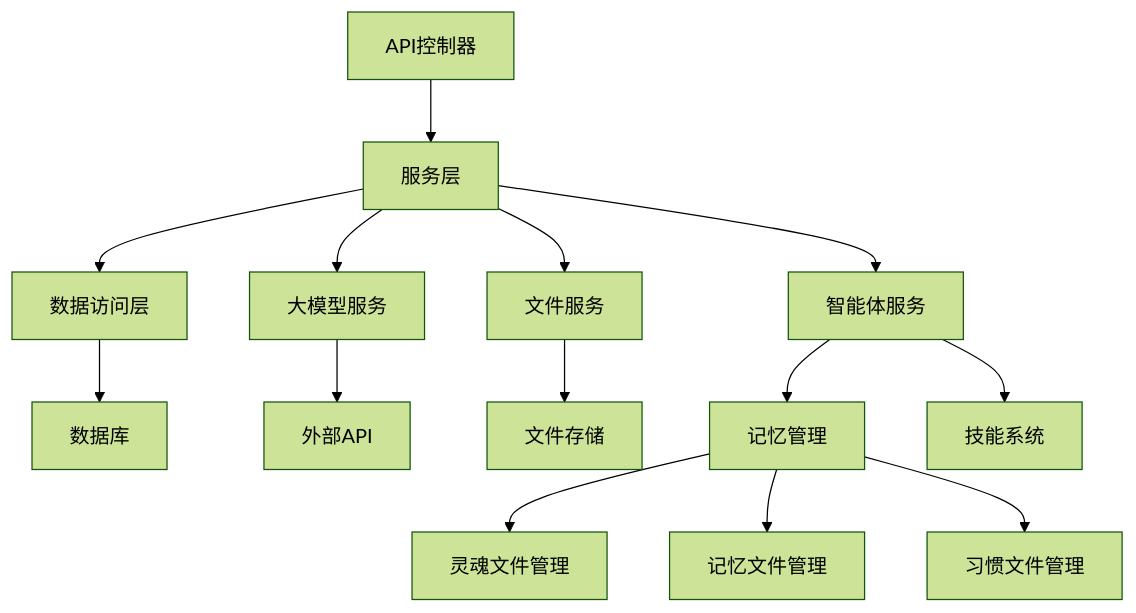
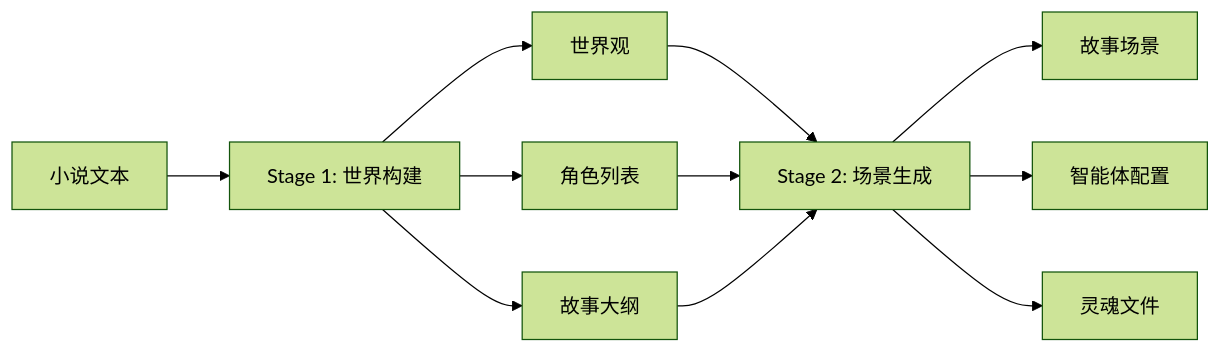
One commit to ljlxls/on-the-scene changed the second of 3 diagrams in 技术架构文档.md. Above: the diagram before and after it, drawn with Mermaid (forest theme). The commit also changed other lines of this file and 32 other files, not shown here.

````diff
--- a/技术架构文档.md
+++ b/技术架构文档.md
@@ -75,16 +40,13 @@
 ```mermaid
-graph TD
-    A[API控制器] --> B[服务层]
-    B --> C[数据访问层]
-    C --> D[数据库]
-    B --> E[大模型服务]
-    E --> F[外部API]
-    B --> G[文件服务]
-    G --> H[文件存储]
-    B --> I[智能体服务]
-    I --> J[记忆管理]
-    J --> K[灵魂文件管理]
-    J --> L[记忆文件管理]
-    J --> M[习惯文件管理]
-    I --> N[技能系统]
+graph LR
+    A[小说文本] --> B[Stage 1: 世界构建]
+    B --> C[世界观]
+    B --> D[角色列表]
+    B --> E[故事大纲]
+    C --> F[Stage 2: 场景生成]
+    D --> F
+    E --> F
+    F --> G[故事场景]
+    F --> H[智能体配置]
+    F --> I[灵魂文件]
 ```
````
